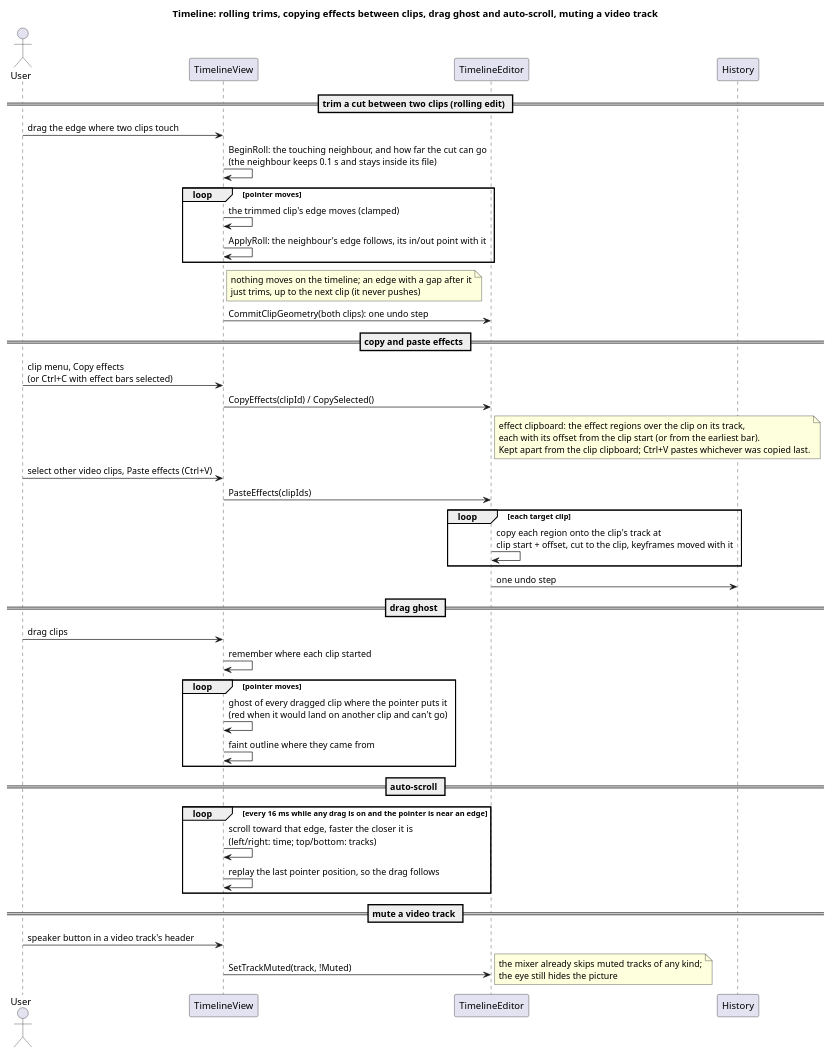
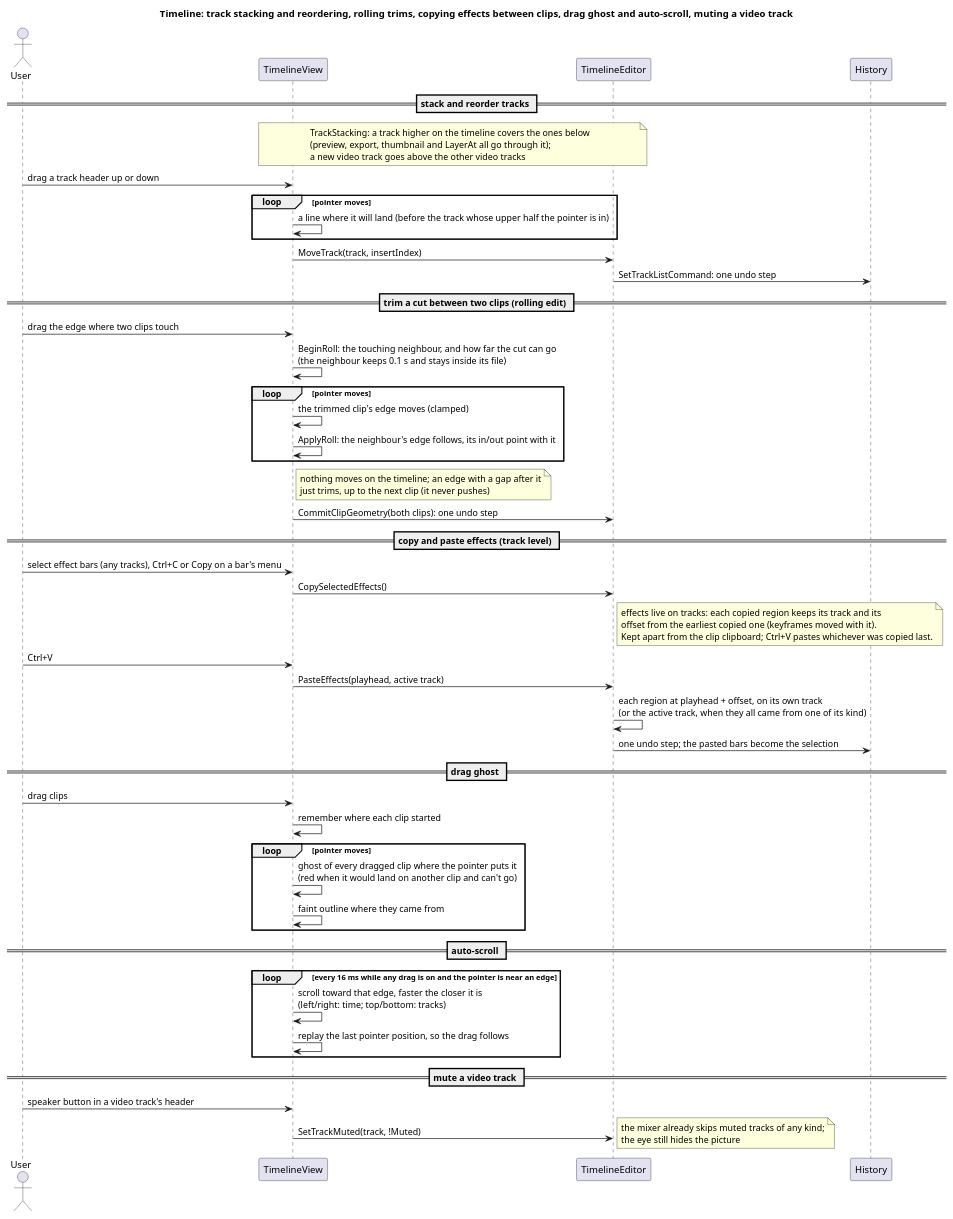
The diagram in uml/domain/timeline-clip-handling-sequence.puml (Die-Banane/Fig), drawn with PlantUML before and after one commit. The commit also changed 44 other files, not shown here.

```diff
--- a/uml/domain/timeline-clip-handling-sequence.puml
+++ b/uml/domain/timeline-clip-handling-sequence.puml
@@ -1,55 +1,66 @@
 @startuml
-title Timeline: rolling trims, copying effects between clips, drag ghost and auto-scroll, muting a video track
+title Timeline: track stacking and reordering, rolling trims, copying effects between clips, drag ghost and auto-scroll, muting a video track
 
 actor User
 participant TimelineView
 participant TimelineEditor
 participant "History" as H
+
+== stack and reorder tracks ==
+note over TimelineView, TimelineEditor
+  TrackStacking: a track higher on the timeline covers the ones below
+  (preview, export, thumbnail and LayerAt all go through it);
+  a new video track goes above the other video tracks
+end note
+User -> TimelineView : drag a track header up or down
+loop pointer moves
+  TimelineView -> TimelineView : a line where it will land (before the track whose upper half the pointer is in)
+end
+TimelineView -> TimelineEditor : MoveTrack(track, insertIndex)
+TimelineEditor -> H : SetTrackListCommand: one undo step
 
 == trim a cut between two clips (rolling edit) ==
 User -> TimelineView : drag the edge where two clips touch
 TimelineView -> TimelineView : BeginRoll: the touching neighbour, and how far the cut can go\n(the neighbour keeps 0.1 s and stays inside its file)
 loop pointer moves
   TimelineView -> TimelineView : the trimmed clip's edge moves (clamped)
   TimelineView -> TimelineView : ApplyRoll: the neighbour's edge follows, its in/out point with it
 end
 note right of TimelineView
   nothing moves on the timeline; an edge with a gap after it
   just trims, up to the next clip (it never pushes)
 end note
 TimelineView -> TimelineEditor : CommitClipGeometry(both clips): one undo step
 
-== copy and paste effects ==
-User -> TimelineView : clip menu, Copy effects\n(or Ctrl+C with effect bars selected)
-TimelineView -> TimelineEditor : CopyEffects(clipId) / CopySelected()
+== copy and paste effects (track level) ==
+User -> TimelineView : select effect bars (any tracks), Ctrl+C or Copy on a bar's menu
+TimelineView -> TimelineEditor : CopySelectedEffects()
 note right of TimelineEditor
-  effect clipboard: the effect regions over the clip on its track,
-  each with its offset from the clip start (or from the earliest bar).
+  effects live on tracks: each copied region keeps its track and its
+  offset from the earliest copied one (keyframes moved with it).
   Kept apart from the clip clipboard; Ctrl+V pastes whichever was copied last.
 end note
-User -> TimelineView : select other video clips, Paste effects (Ctrl+V)
-TimelineView -> TimelineEditor : PasteEffects(clipIds)
-loop each target clip
-  TimelineEditor -> TimelineEditor : copy each region onto the clip's track at\nclip start + offset, cut to the clip, keyframes moved with it
-end
-TimelineEditor -> H : one undo step
+User -> TimelineView : Ctrl+V
+TimelineView -> TimelineEditor : PasteEffects(playhead, active track)
+TimelineEditor -> TimelineEditor : each region at playhead + offset, on its own track\n(or the active track, when they all came from one of its kind)
+TimelineEditor -> H : one undo step; the pasted bars become the selection
 
 == drag ghost ==
 User -> TimelineView : drag clips
 TimelineView -> TimelineView : remember where each clip started
 loop pointer moves
   TimelineView -> TimelineView : ghost of every dragged clip where the pointer puts it\n(red when it would land on another clip and can't go)
   TimelineView -> TimelineView : faint outline where they came from
 end
 
 == auto-scroll ==
 loop every 16 ms while any drag is on and the pointer is near an edge
   TimelineView -> TimelineView : scroll toward that edge, faster the closer it is\n(left/right: time; top/bottom: tracks)
   TimelineView -> TimelineView : replay the last pointer position, so the drag follows
 end
 
 == mute a video track ==
 User -> TimelineView : speaker button in a video track's header
 TimelineView -> TimelineEditor : SetTrackMuted(track, !Muted)
 note right : the mixer already skips muted tracks of any kind;\nthe eye still hides the picture
 @enduml
```
